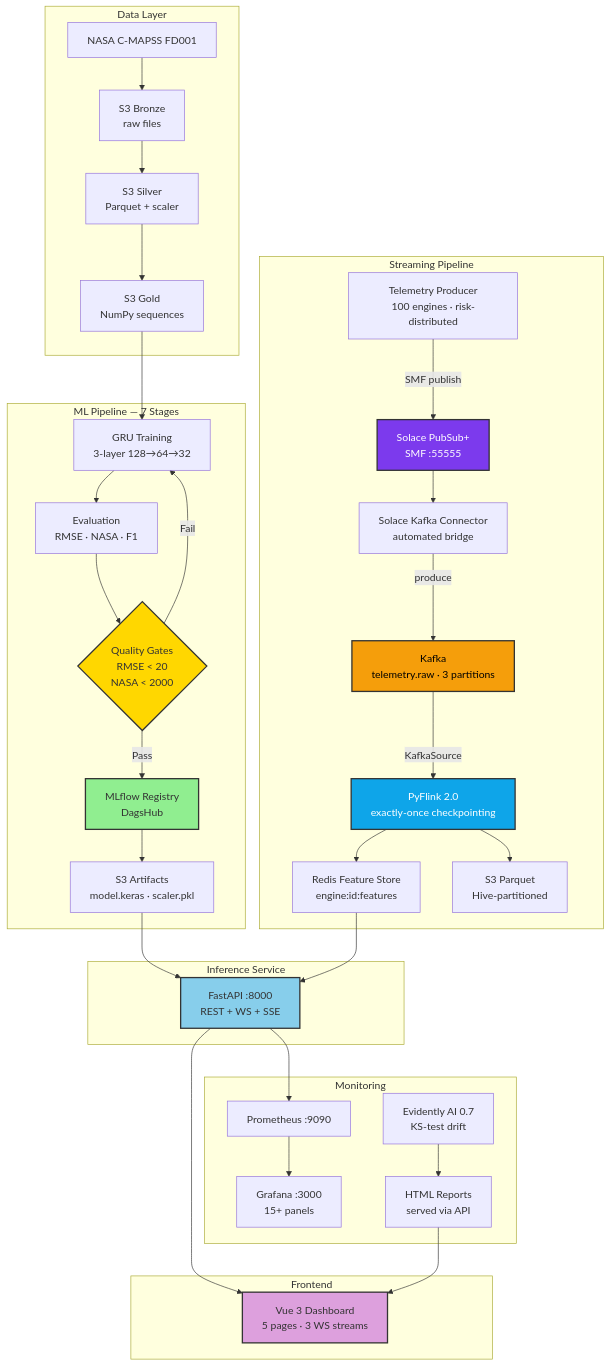
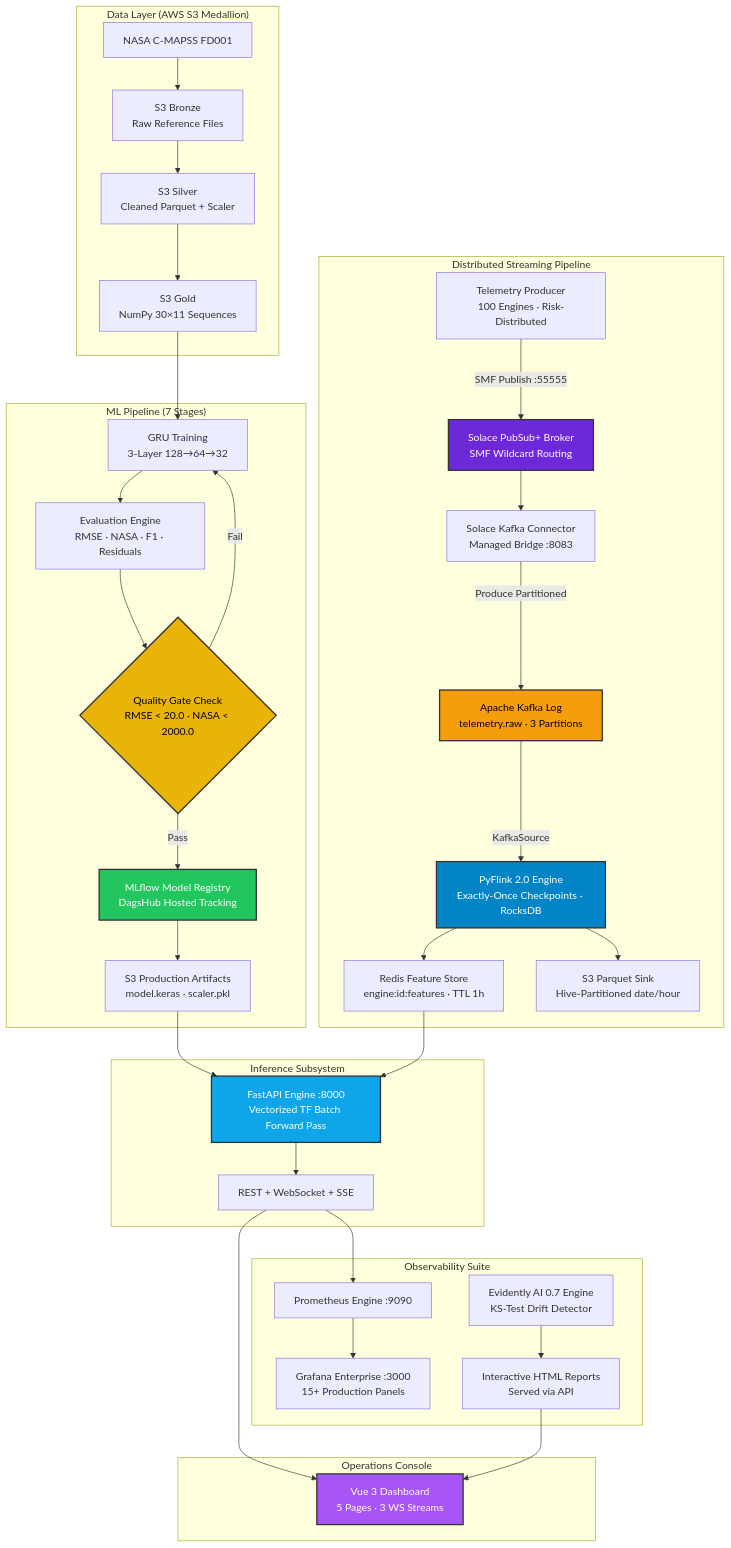
Before and after one commit to nasim-raj-laskar/Engine-RUL-Forcasting-system: the first of 4 diagrams in docs/09_architecture.md, drawn with Mermaid. The commit also changed other lines of this file and 11 other files, not shown here.

````diff
--- a/docs/09_architecture.md
+++ b/docs/09_architecture.md
@@ -5,50 +11,51 @@
 ```mermaid
 flowchart TB
-    subgraph Data["Data Layer"]
-        A[NASA C-MAPSS FD001] --> B[S3 Bronze\nraw files]
-        B --> C[S3 Silver\nParquet + scaler]
-        C --> D[S3 Gold\nNumPy sequences]
+    subgraph Data["Data Layer (AWS S3 Medallion)"]
+        A[NASA C-MAPSS FD001] --> B[S3 Bronze\nRaw Reference Files]
+        B --> C[S3 Silver\nCleaned Parquet + Scaler]
+        C --> D[S3 Gold\nNumPy 30×11 Sequences]
     end
 
-    subgraph Pipeline["ML Pipeline — 7 Stages"]
-        D --> E[GRU Training\n3-layer 128→64→32]
-        E --> F[Evaluation\nRMSE · NASA · F1]
-        F --> G{Quality Gates\nRMSE < 20\nNASA < 2000}
-        G -->|Pass| H[MLflow Registry\nDagsHub]
+    subgraph Pipeline["ML Pipeline (7 Stages)"]
+        D --> E[GRU Training\n3-Layer 128→64→32]
+        E --> F[Evaluation Engine\nRMSE · NASA · F1 · Residuals]
+        F --> G{Quality Gate Check\nRMSE < 20.0 · NASA < 2000.0}
+        G -->|Pass| H[MLflow Model Registry\nDagsHub Hosted Tracking]
         G -->|Fail| E
-        H --> I[S3 Artifacts\nmodel.keras · scaler.pkl]
+        H --> I[S3 Production Artifacts\nmodel.keras · scaler.pkl]
     end
 
-    subgraph Stream["Streaming Pipeline"]
-        J[Telemetry Producer\n100 engines · risk-distributed] -->|SMF publish| SOL[Solace PubSub+\nSMF :55555]
-        SOL --> KC[Solace Kafka Connector\nautomated bridge]
-        KC -->|produce| KF[Kafka\ntelemetry.raw · 3 partitions]
-        KF -->|KafkaSource| FL[PyFlink 2.0\nexactly-once checkpointing]
-        FL --> M[Redis Feature Store\nengine:id:features]
-        FL --> N[S3 Parquet\nHive-partitioned]
+    subgraph Stream["Distributed Streaming Pipeline"]
+        J[Telemetry Producer\n100 Engines · Risk-Distributed] -->|SMF Publish :55555| SOL[Solace PubSub+ Broker\nSMF Wildcard Routing]
+        SOL --> KC[Solace Kafka Connector\nManaged Bridge :8083]
+        KC -->|Produce Partitioned| KF[Apache Kafka Log\ntelemetry.raw · 3 Partitions]
+        KF -->|KafkaSource| FL[PyFlink 2.0 Engine\nExactly-Once Checkpoints · RocksDB]
+        FL --> M[Redis Feature Store\nengine:id:features · TTL 1h]
+        FL --> N[S3 Parquet Sink\nHive-Partitioned date/hour]
     end
 
-    subgraph Infer["Inference Service"]
-        I --> O[FastAPI :8000\nREST + WS + SSE]
+    subgraph Infer["Inference Subsystem"]
+        I --> O[FastAPI Engine :8000\nVectorized TF Batch Forward Pass]
         M --> O
+        O --> P[REST + WebSocket + SSE]
     end
 
-    subgraph UI["Frontend"]
-        O --> Q[Vue 3 Dashboard\n5 pages · 3 WS streams]
+    subgraph UI["Operations Console"]
+        P --> Q[Vue 3 Dashboard\n5 Pages · 3 WS Streams]
     end
 
-    subgraph Mon["Monitoring"]
-        O --> R[Prometheus :9090]
-        R --> S[Grafana :3000\n15+ panels]
-        T[Evidently AI 0.7\nKS-test drift] --> U[HTML Reports\nserved via API]
+    subgraph Mon["Observability Suite"]
+        P --> R[Prometheus Engine :9090]
+        R --> S[Grafana Enterprise :3000\n15+ Production Panels]
+        T[Evidently AI 0.7 Engine\nKS-Test Drift Detector] --> U[Interactive HTML Reports\nServed via API]
         U --> Q
     end
 
-    style G fill:#FFD700,stroke:#333,stroke-width:2px
-    style H fill:#90EE90,stroke:#333,stroke-width:2px
-    style O fill:#87CEEB,stroke:#333,stroke-width:2px
-    style Q fill:#DDA0DD,stroke:#333,stroke-width:2px
-    style FL fill:#0ea5e9,stroke:#333,stroke-width:2px,color:#fff
+    style G fill:#eab308,stroke:#333,stroke-width:2px,color:#000
+    style H fill:#22c55e,stroke:#333,stroke-width:2px,color:#fff
+    style O fill:#0ea5e9,stroke:#333,stroke-width:2px,color:#fff
+    style Q fill:#a855f7,stroke:#333,stroke-width:2px,color:#fff
+    style FL fill:#0284c7,stroke:#333,stroke-width:2px,color:#fff
     style KF fill:#f59e0b,stroke:#333,stroke-width:2px,color:#000
-    style SOL fill:#7c3aed,stroke:#333,stroke-width:2px,color:#fff
+    style SOL fill:#6d28d9,stroke:#333,stroke-width:2px,color:#fff
 ```
````
